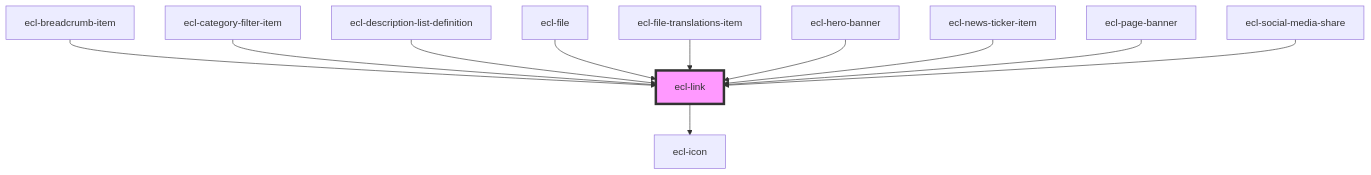
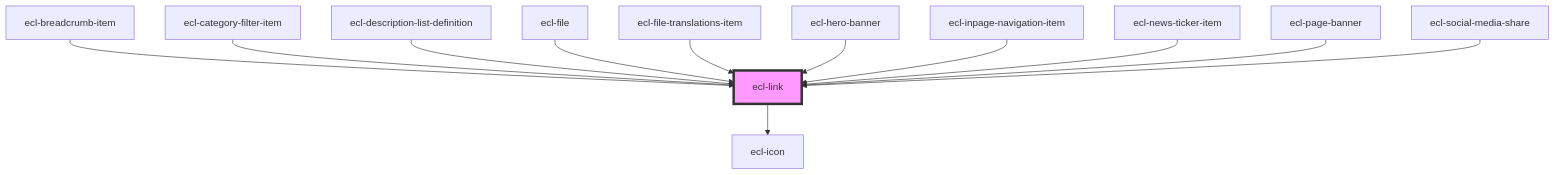
The diagram in src/components/ecl-link/readme.md (ec-europa/ecl-webcomponents), drawn with Mermaid before and after one commit. The commit also changed other lines of this file and 23 other files, not shown here.

Commit message:
chore(webcomponents): Adding inpage navigation

````diff
--- a/src/components/ecl-link/readme.md
+++ b/src/components/ecl-link/readme.md
@@ -39,14 +40,15 @@
 ```mermaid
 graph TD;
   ecl-link --> ecl-icon
   ecl-breadcrumb-item --> ecl-link
   ecl-category-filter-item --> ecl-link
   ecl-description-list-definition --> ecl-link
   ecl-file --> ecl-link
   ecl-file-translations-item --> ecl-link
   ecl-hero-banner --> ecl-link
+  ecl-inpage-navigation-item --> ecl-link
   ecl-news-ticker-item --> ecl-link
   ecl-page-banner --> ecl-link
   ecl-social-media-share --> ecl-link
   style ecl-link fill:#f9f,stroke:#333,stroke-width:4px
 ```
````
